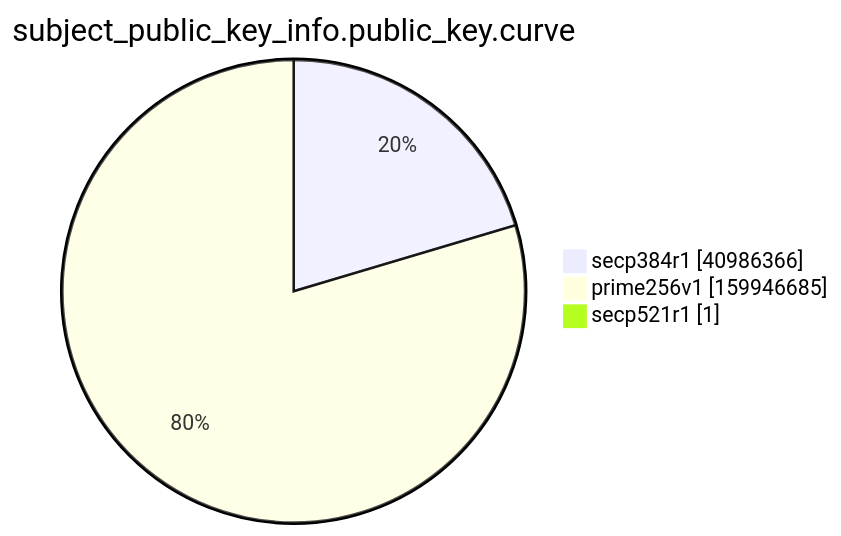
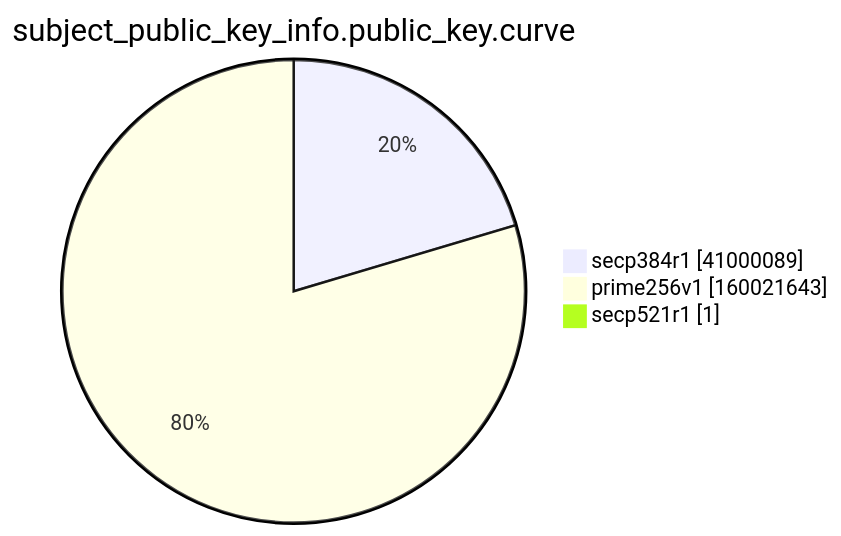
Before and after one commit to christiankrug/ctmonitor_visualization: the ninth of 15 diagrams in xenon2022/README.md, drawn with Mermaid. The commit also changed other lines of this file, not shown here.

````diff
--- a/xenon2022/README.md
+++ b/xenon2022/README.md
@@ -2868,7 +2868,7 @@
 ```mermaid
 pie showData
 title subject_public_key_info.public_key.curve
-"secp384r1" :40986366
-"prime256v1" :159946685
+"secp384r1" :41000089
+"prime256v1" :160021643
 "secp521r1" :1
 ```
````
